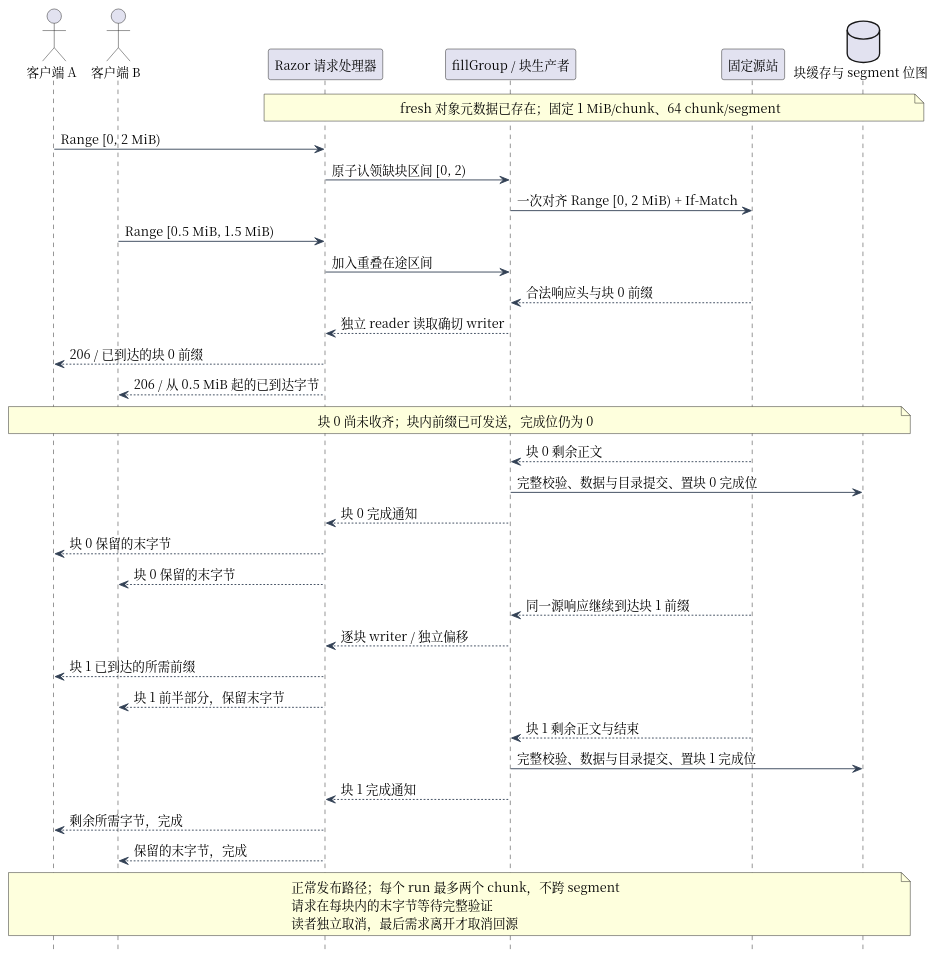
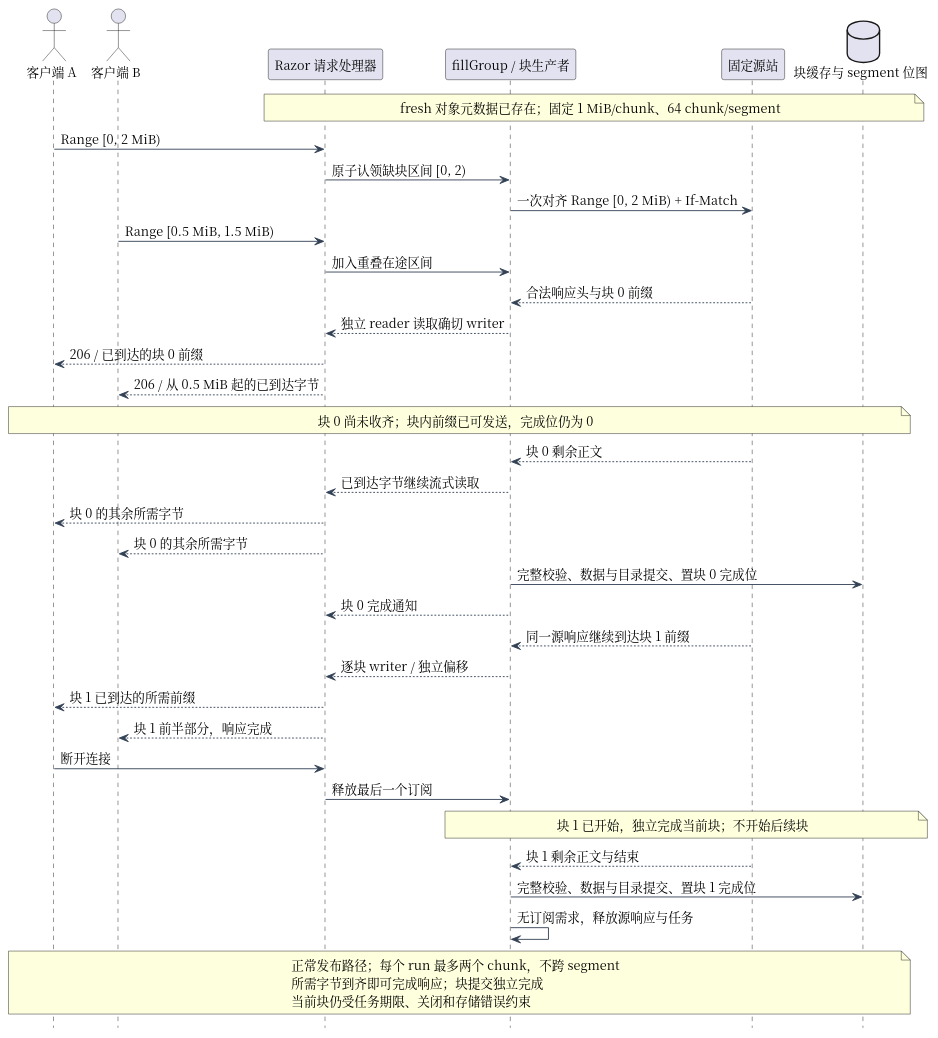
The diagram in docs/diagrams/block_rww.puml (Monsterwi/razor), drawn with PlantUML before and after one commit. The commit also changed 11 other files, not shown here.

```diff
--- a/docs/diagrams/block_rww.puml
+++ b/docs/diagrams/block_rww.puml
@@ -1,47 +1,49 @@
 @startuml
 !pragma layout smetana
 skinparam defaultFontName Noto Serif CJK SC
 skinparam defaultFontSize 14
 skinparam shadowing false
 skinparam backgroundColor white
 skinparam ArrowColor #334155
 skinparam componentBackgroundColor #EFF6FF
 skinparam stateBackgroundColor #EFF6FF
 hide footbox
 actor "客户端 A" as A
 actor "客户端 B" as B
 participant "Razor 请求处理器" as R
 participant "fillGroup / 块生产者" as F
 participant "固定源站" as O
 database "块缓存与 segment 位图" as K
 note over R,K : fresh 对象元数据已存在；固定 1 MiB/chunk、64 chunk/segment
 A -> R : Range [0, 2 MiB)
 R -> F : 原子认领缺块区间 [0, 2)
 F -> O : 一次对齐 Range [0, 2 MiB) + If-Match
 B -> R : Range [0.5 MiB, 1.5 MiB)
 R -> F : 加入重叠在途区间
 O --> F : 合法响应头与块 0 前缀
 F --> R : 独立 reader 读取确切 writer
 R --> A : 206 / 已到达的块 0 前缀
 R --> B : 206 / 从 0.5 MiB 起的已到达字节
 note over A,K : 块 0 尚未收齐；块内前缀已可发送，完成位仍为 0
 O --> F : 块 0 剩余正文
+F --> R : 已到达字节继续流式读取
+R --> A : 块 0 的其余所需字节
+R --> B : 块 0 的其余所需字节
 F -> K : 完整校验、数据与目录提交、置块 0 完成位
 F --> R : 块 0 完成通知
-R --> A : 块 0 保留的末字节
-R --> B : 块 0 保留的末字节
 O --> F : 同一源响应继续到达块 1 前缀
 F --> R : 逐块 writer / 独立偏移
 R --> A : 块 1 已到达的所需前缀
-R --> B : 块 1 前半部分，保留末字节
+R --> B : 块 1 前半部分，响应完成
+A -> R : 断开连接
+R -> F : 释放最后一个订阅
+note over F,K : 块 1 已开始，独立完成当前块；不开始后续块
 O --> F : 块 1 剩余正文与结束
 F -> K : 完整校验、数据与目录提交、置块 1 完成位
-F --> R : 块 1 完成通知
-R --> A : 剩余所需字节，完成
-R --> B : 保留的末字节，完成
+F -> F : 无订阅需求，释放源响应与任务
 note over A,K
 正常发布路径；每个 run 最多两个 chunk，不跨 segment
-请求在每块内的末字节等待完整验证
-读者独立取消，最后需求离开才取消回源
+所需字节到齐即可完成响应；块提交独立完成
+当前块仍受任务期限、关闭和存储错误约束
 end note
 @enduml
```
